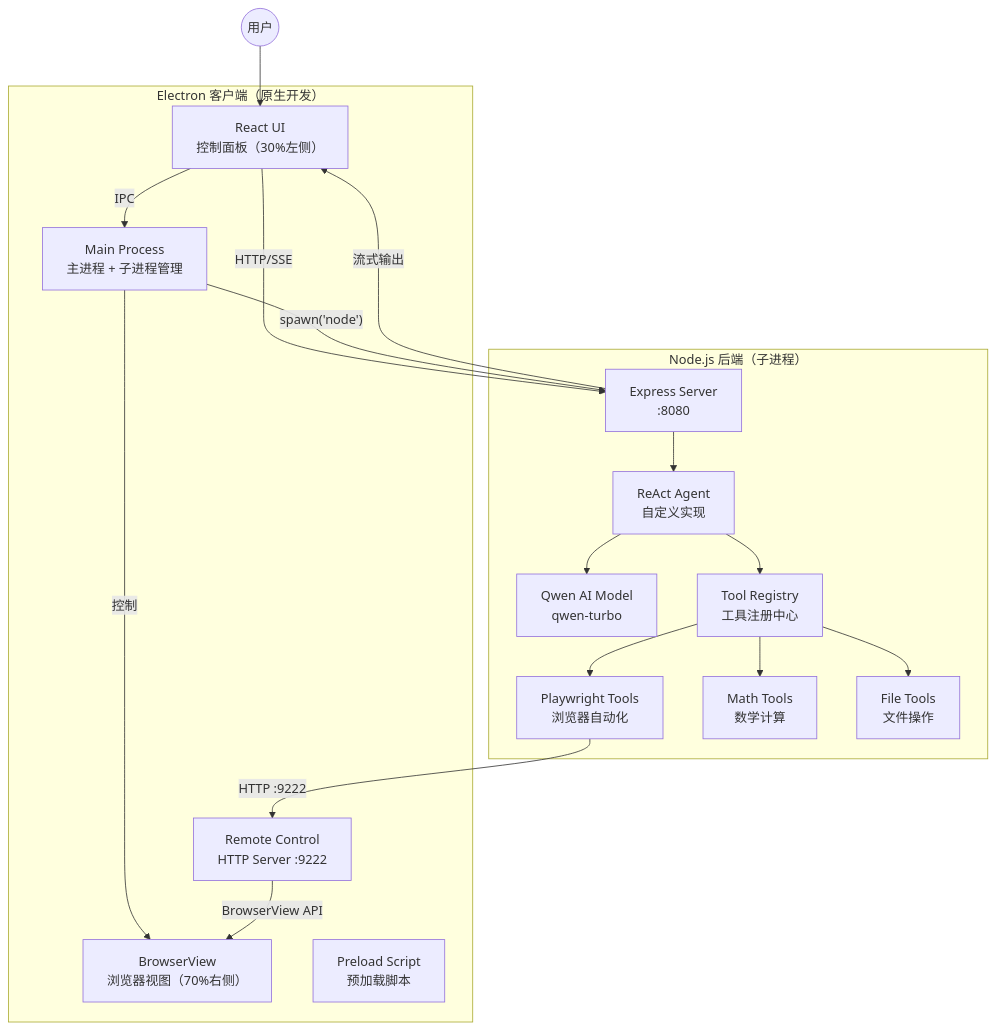
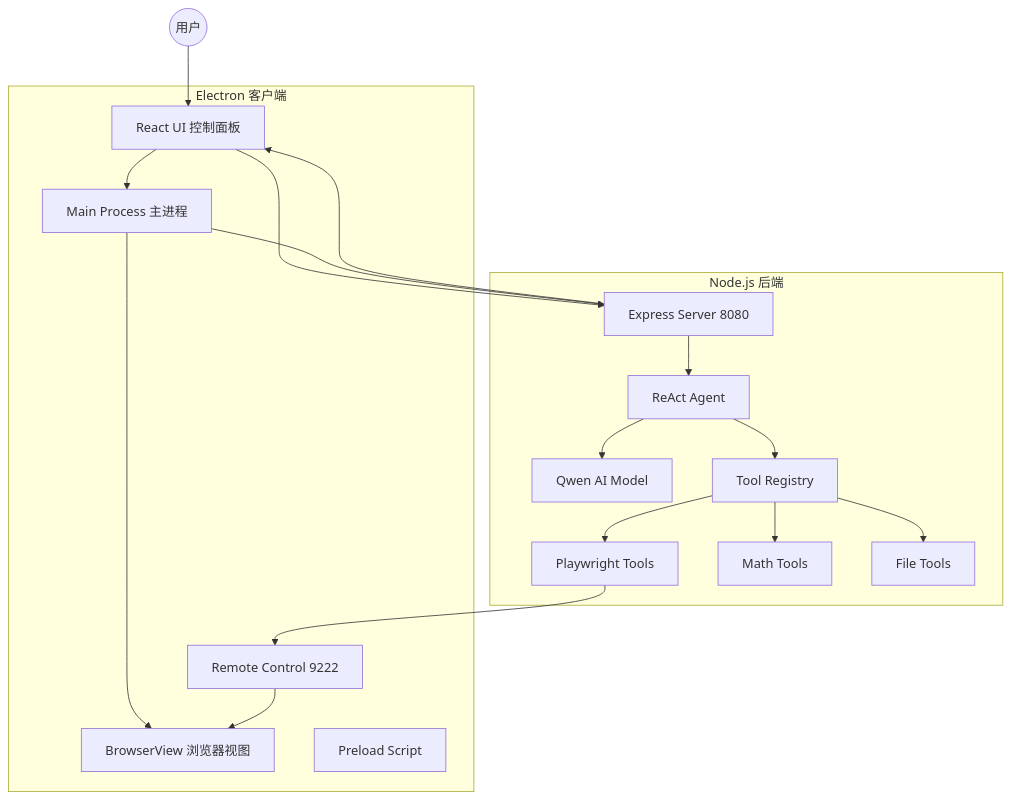
One commit to 1018053166/ReActAgentDemo changed the first of 4 diagrams in README.md. Above: the diagram before and after it, drawn with Mermaid. The commit also changed other lines of this file and 1 other file, not shown here.

Commit message:
fix: 简化 Mermaid 图表，移除 br 标签和复杂语法

````diff
--- a/README.md
+++ b/README.md
@@ -12,35 +12,33 @@
 ```mermaid
 graph TB
-    subgraph electron["Electron 客户端（原生开发）"]
-        UI["React UI<br/>控制面板（30%左侧）"]
-        BV["BrowserView<br/>浏览器视图（70%右侧）"]
-        Main["Main Process<br/>主进程 + 子进程管理"]
-        Preload["Preload Script<br/>预加载脚本"]
-        Remote["Remote Control<br/>HTTP Server :9222"]
+    subgraph electron[Electron 客户端]
+        UI[React UI 控制面板]
+        BV[BrowserView 浏览器视图]
+        Main[Main Process 主进程]
+        Preload[Preload Script]
+        Remote[Remote Control 9222]
     end
-    
-    subgraph nodejs["Node.js 后端（子进程）"]
-        API["Express Server<br/>:8080"]
-        ReAct["ReAct Agent<br/>自定义实现"]
-        Qwen["Qwen AI Model<br/>qwen-turbo"]
-        Tools["Tool Registry<br/>工具注册中心"]
-        PlaywrightTools["Playwright Tools<br/>浏览器自动化"]
-        MathTools["Math Tools<br/>数学计算"]
-        FileTools["File Tools<br/>文件操作"]
+    subgraph nodejs[Node.js 后端]
+        API[Express Server 8080]
+        ReAct[ReAct Agent]
+        Qwen[Qwen AI Model]
+        Tools[Tool Registry]
+        PlaywrightTools[Playwright Tools]
+        MathTools[Math Tools]
+        FileTools[File Tools]
     end
-    
-    User(("用户")) --> UI
-    UI -->|"IPC"| Main
-    UI -->|"HTTP/SSE"| API
-    Main -->|"spawn('node')"| API
-    Main -->|"控制"| BV
-    API -->|"流式输出"| UI
+    User((用户)) --> UI
+    UI --> Main
+    UI --> API
+    Main --> API
+    Main --> BV
+    API --> UI
     API --> ReAct
     ReAct --> Qwen
     ReAct --> Tools
     Tools --> PlaywrightTools
     Tools --> MathTools
     Tools --> FileTools
-    PlaywrightTools -->|"HTTP :9222"| Remote
-    Remote -->|"BrowserView API"| BV
+    PlaywrightTools --> Remote
+    Remote --> BV
 ```
````
